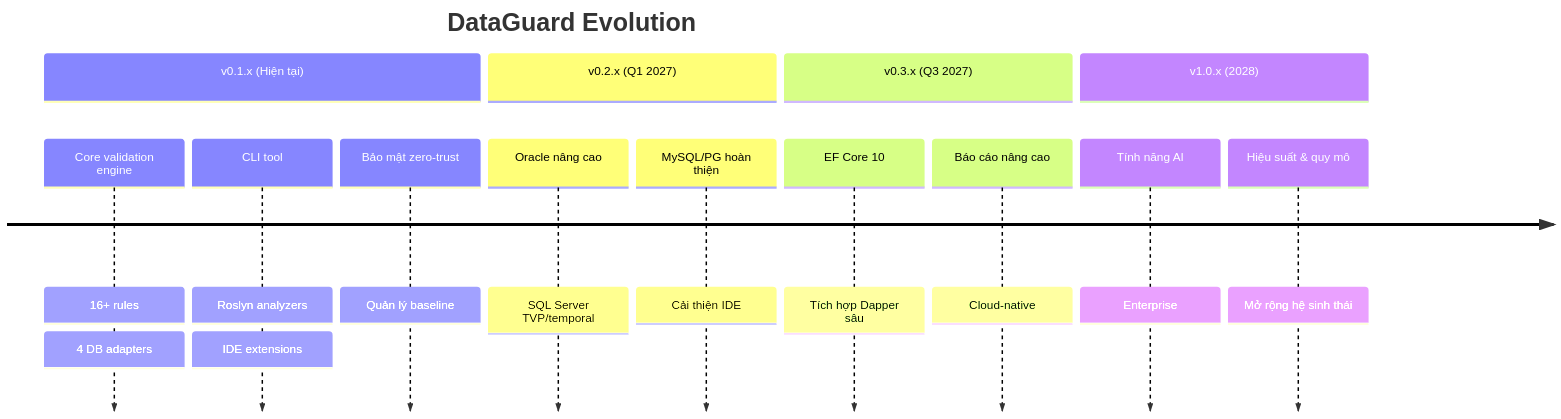
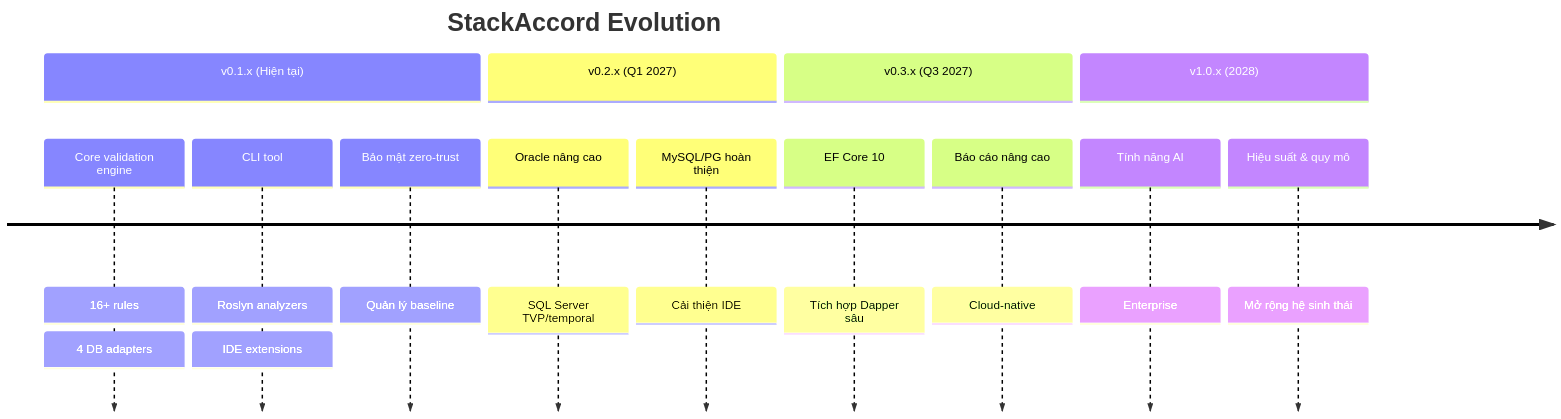
The first of 2 diagrams in docs/06-roadmap/upgrade-path.vi.md (thanhnt-sm/eco_support_net_oracle), drawn with Mermaid before and after one commit. The commit also changed 115 other files, not shown here.

Commit message:
fix(branding): align StackAccord docs and release copy

````diff
--- a/docs/06-roadmap/upgrade-path.vi.md
+++ b/docs/06-roadmap/upgrade-path.vi.md
@@ -7,17 +7,17 @@
 ```mermaid
 timeline
-    title DataGuard Evolution
+    title StackAccord Evolution
     section v0.1.x (Hiện tại)
         Core validation engine : 16+ rules : 4 DB adapters
         CLI tool : Roslyn analyzers : IDE extensions
         Bảo mật zero-trust : Quản lý baseline
     section v0.2.x (Q1 2027)
         Oracle nâng cao : SQL Server TVP/temporal
         MySQL/PG hoàn thiện : Cải thiện IDE
     section v0.3.x (Q3 2027)
         EF Core 10 : Tích hợp Dapper sâu
         Báo cáo nâng cao : Cloud-native
     section v1.0.x (2028)
         Tính năng AI : Enterprise
         Hiệu suất & quy mô : Mở rộng hệ sinh thái
 ```
````
